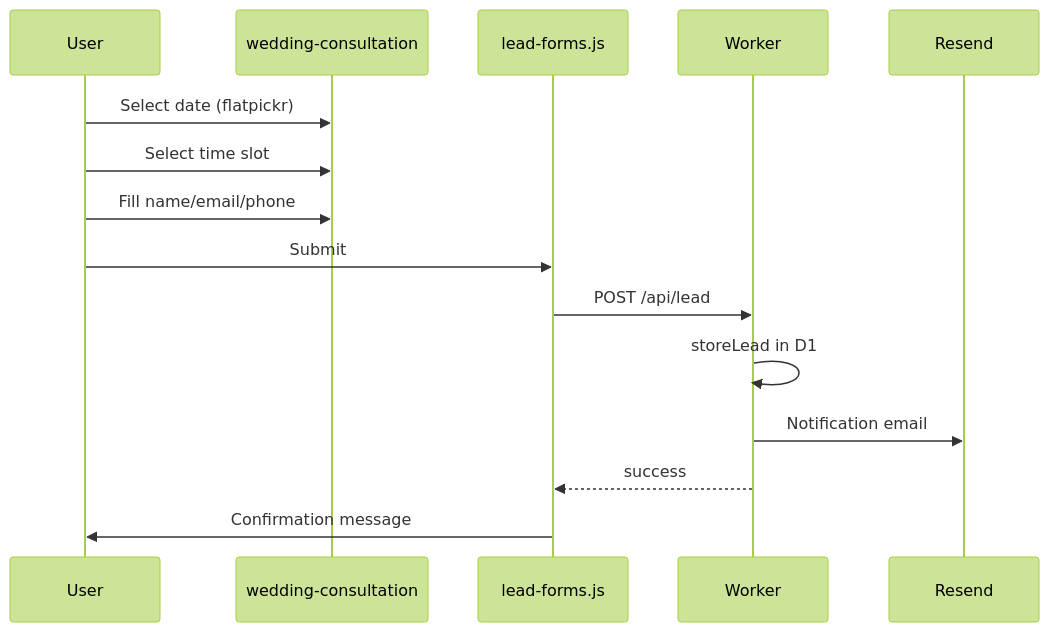
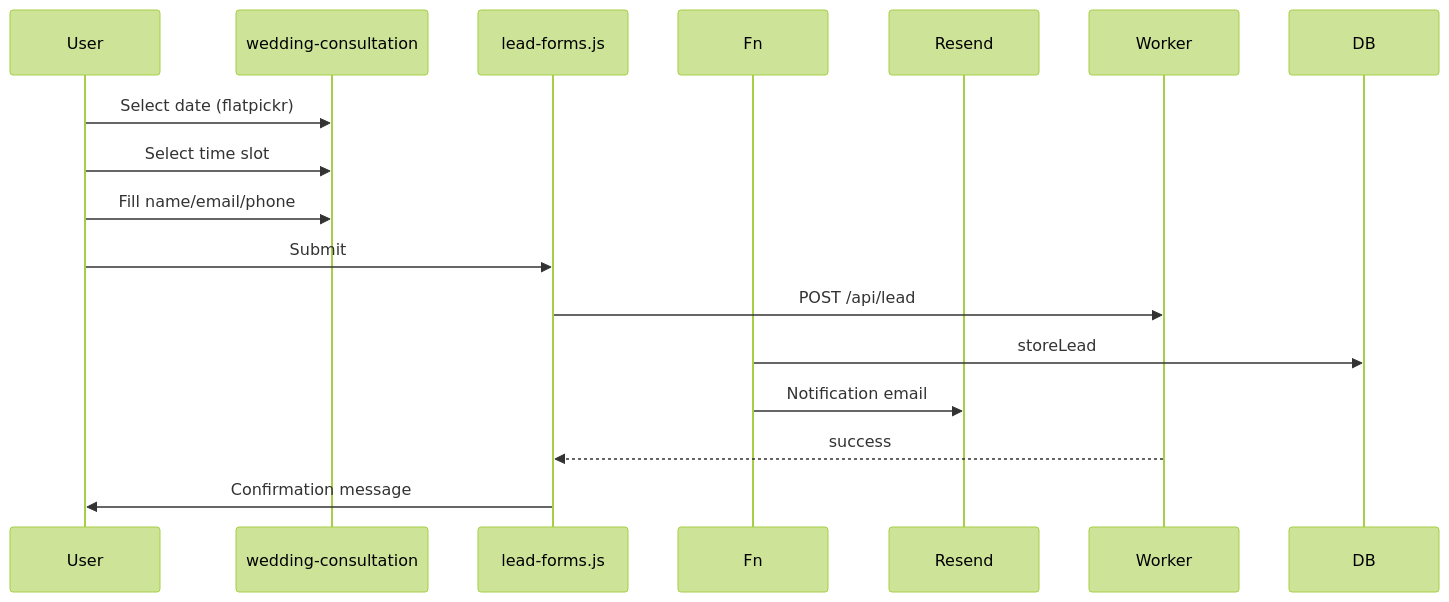
The diagram in docs/public-site/booking-consultation.md (viraayaweddings/website), drawn with Mermaid (forest theme) before and after one commit. The commit also changed 41 other files, not shown here.

````diff
--- a/docs/public-site/booking-consultation.md
+++ b/docs/public-site/booking-consultation.md
@@ -23,18 +23,18 @@
 ```mermaid
 sequenceDiagram
   participant User
   participant Page as wedding-consultation
   participant lead-forms.js
-  participant Worker
+  participant Fn
   participant Resend
 
   User->>Page: Select date (flatpickr)
   User->>Page: Select time slot
   User->>Page: Fill name/email/phone
   User->>lead-forms.js: Submit #consultationForm
   lead-forms.js->>Worker: POST /api/lead
-  Worker->>Worker: storeLead in D1
-  Worker->>Resend: Notification email
+  Fn->>DB: storeLead
+  Fn->>Resend: Notification email
   Worker-->>lead-forms.js: success
   lead-forms.js->>User: Confirmation message
 ```
````
